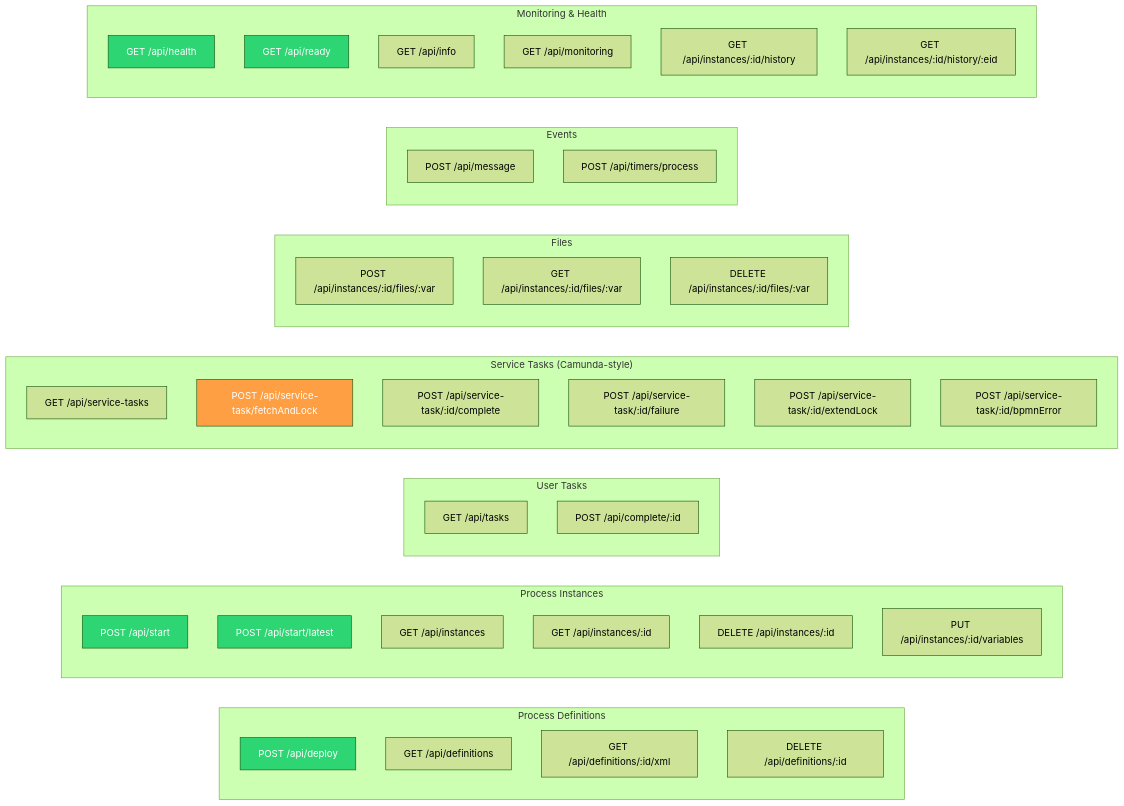
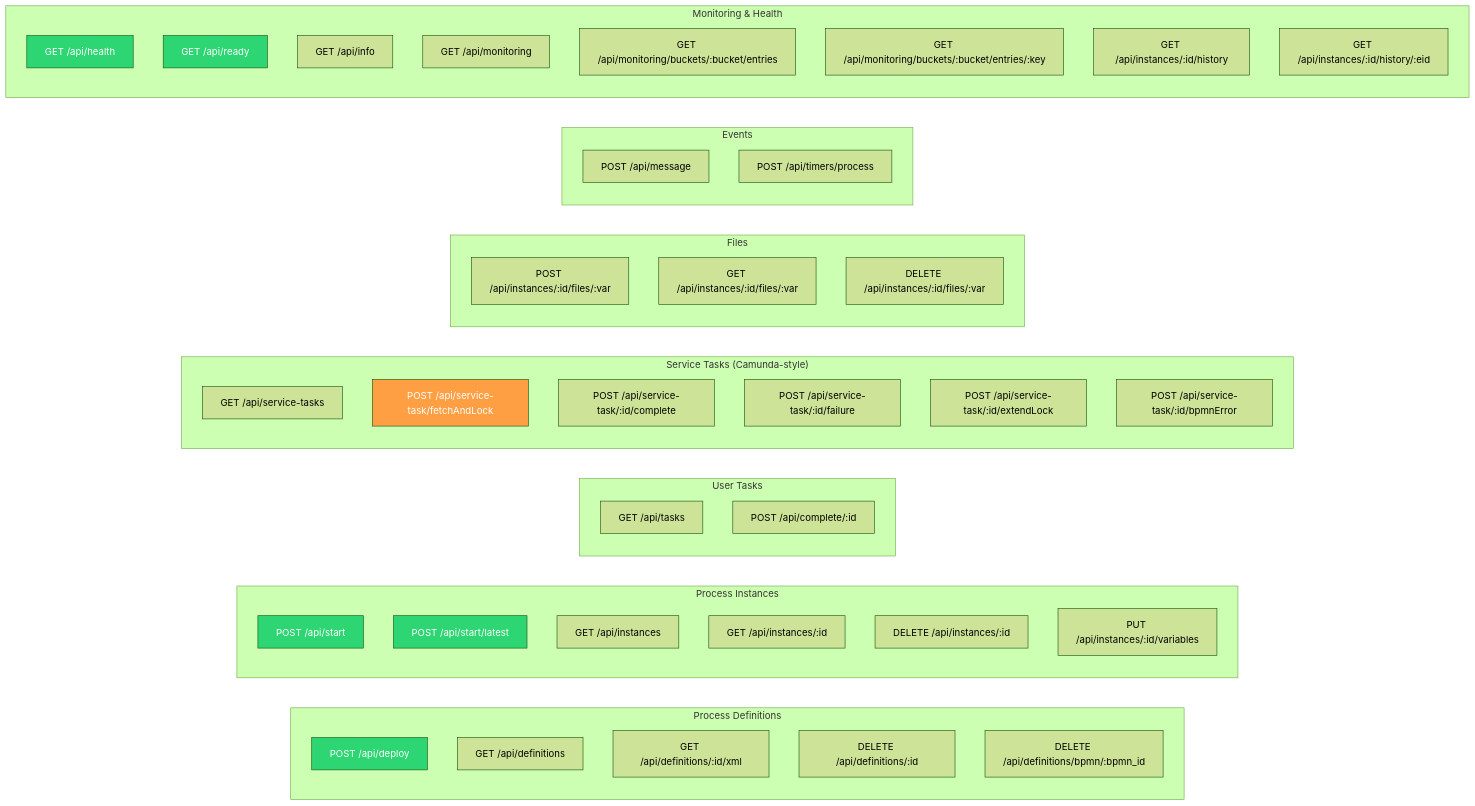
One commit to maatini/mini-bpm-engine changed the seventh of 8 diagrams in docs/architecture.md. Above: the diagram before and after it, drawn with Mermaid (forest theme). The commit also changed other lines of this file and 1 other file, not shown here.

Commit message:
feat: implement Event-Based Gateways, Call Activities, and Sub-Processes with expanded API and logging support

````diff
--- a/docs/architecture.md
+++ b/docs/architecture.md
@@ -418,59 +436,62 @@
 ```mermaid
 graph LR
     subgraph "Process Definitions"
         D1["POST /api/deploy"]
         D2["GET /api/definitions"]
         D3["GET /api/definitions/:id/xml"]
         D4["DELETE /api/definitions/:id"]
+        D5["DELETE /api/definitions/bpmn/:bpmn_id"]
     end
     
     subgraph "Process Instances"
         I1["POST /api/start"]
         I1b["POST /api/start/latest"]
         I2["GET /api/instances"]
         I3["GET /api/instances/:id"]
         I4["DELETE /api/instances/:id"]
         I5["PUT /api/instances/:id/variables"]
     end
     
     subgraph "User Tasks"
         T1["GET /api/tasks"]
         T2["POST /api/complete/:id"]
     end
     
     subgraph "Service Tasks (Camunda-style)"
         S1["GET /api/service-tasks"]
         S2["POST /api/service-task/fetchAndLock"]
         S3["POST /api/service-task/:id/complete"]
         S4["POST /api/service-task/:id/failure"]
         S5["POST /api/service-task/:id/extendLock"]
         S6["POST /api/service-task/:id/bpmnError"]
     end
     
     subgraph "Files"
         F1["POST /api/instances/:id/files/:var"]
         F2["GET /api/instances/:id/files/:var"]
         F3["DELETE /api/instances/:id/files/:var"]
     end
     
     subgraph "Events"
         E1["POST /api/message"]
         E2["POST /api/timers/process"]
     end
     
     subgraph "Monitoring & Health"
         M0["GET /api/health"]
         M0b["GET /api/ready"]
         M1["GET /api/info"]
         M2["GET /api/monitoring"]
+        M2b["GET /api/monitoring/buckets/:bucket/entries"]
+        M2c["GET /api/monitoring/buckets/:bucket/entries/:key"]
         M3["GET /api/instances/:id/history"]
         M3b["GET /api/instances/:id/history/:eid"]
     end
     
     style D1 fill:#2ed573,color:#fff
     style I1 fill:#2ed573,color:#fff
     style I1b fill:#2ed573,color:#fff
     style S2 fill:#ff9f43,color:#fff
     style M0 fill:#2ed573,color:#fff
     style M0b fill:#2ed573,color:#fff
 ```
````
